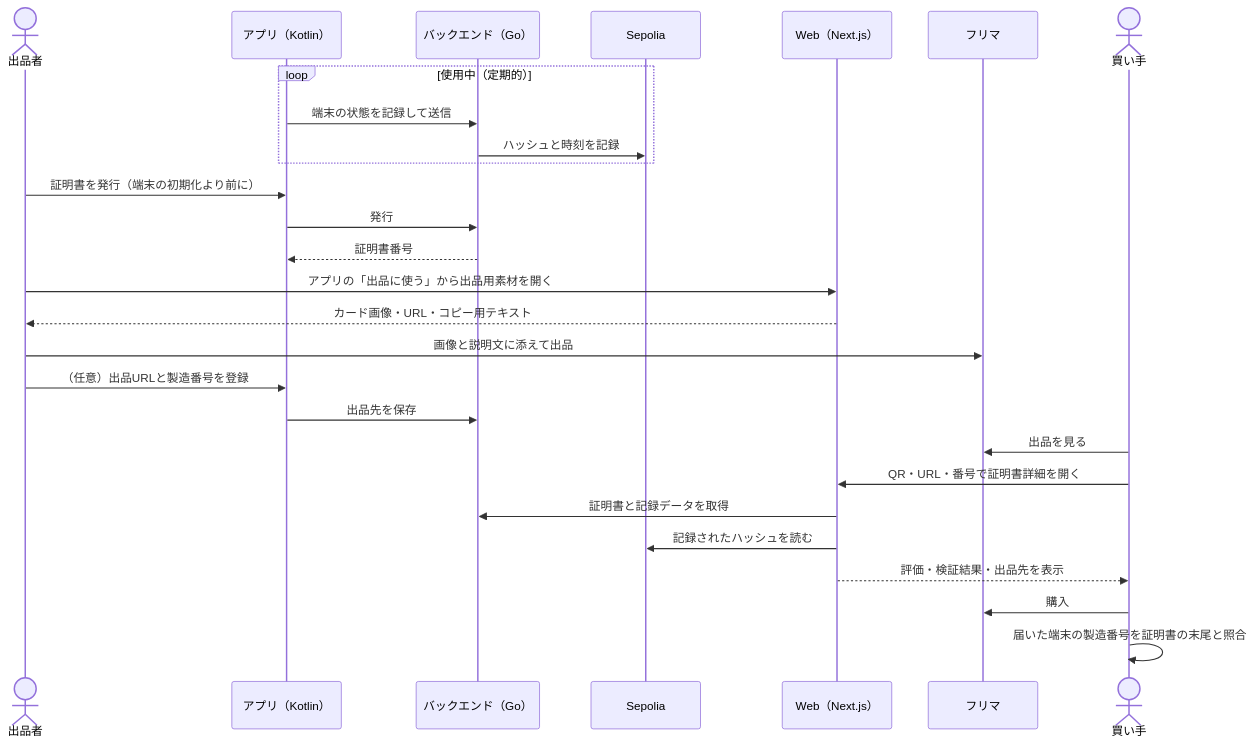
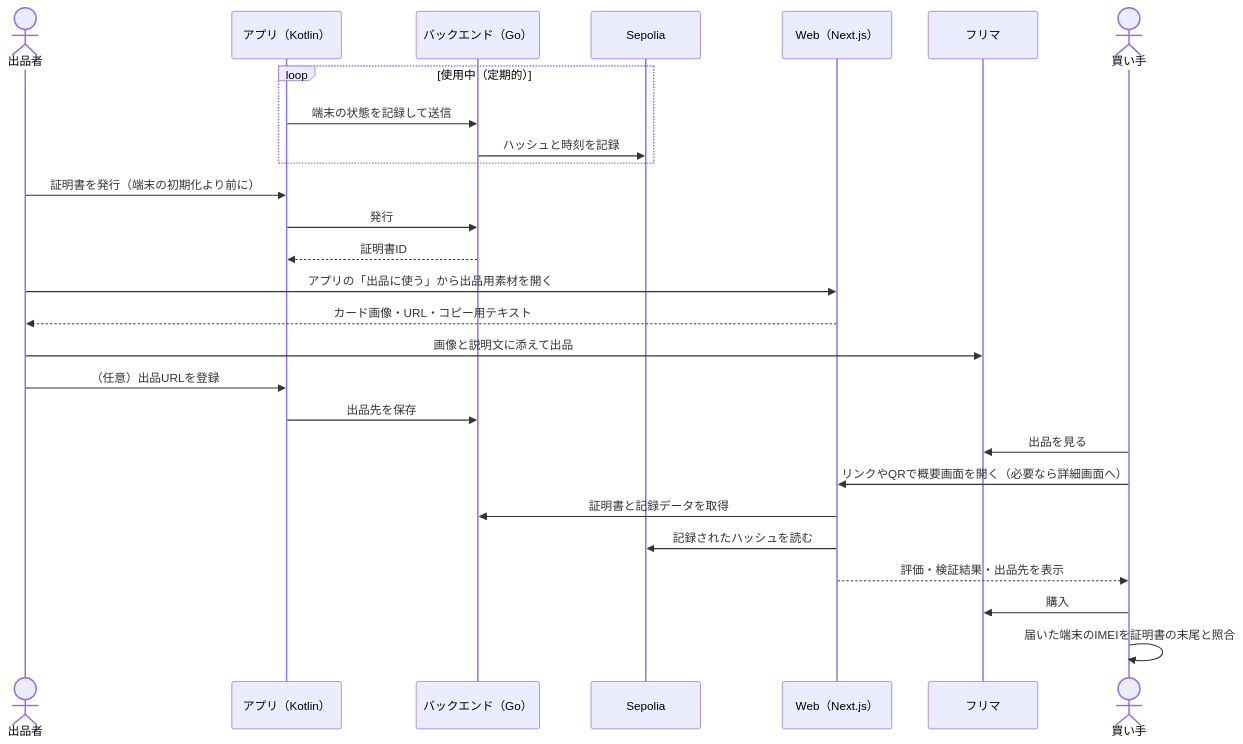
The diagram in docs/workflow.md (saku0875/smapass-web), drawn with Mermaid before and after one commit. The commit also changed other lines of this file and 58 other files, not shown here.

````diff
--- a/docs/workflow.md
+++ b/docs/workflow.md
@@ -7,30 +7,30 @@
 ```mermaid
 sequenceDiagram
     actor S as 出品者
     participant A as アプリ（Kotlin）
     participant G as バックエンド（Go）
     participant C as Sepolia
     participant W as Web（Next.js）
     participant F as フリマ
     actor B as 買い手
 
     loop 使用中（定期的）
         A->>G: 端末の状態を記録して送信
         G->>C: ハッシュと時刻を記録
     end
     S->>A: 証明書を発行（端末の初期化より前に）
     A->>G: 発行
-    G-->>A: 証明書番号
+    G-->>A: 証明書ID
     S->>W: アプリの「出品に使う」から出品用素材を開く
     W-->>S: カード画像・URL・コピー用テキスト
     S->>F: 画像と説明文に添えて出品
-    S->>A: （任意）出品URLと製造番号を登録
+    S->>A: （任意）出品URLを登録
     A->>G: 出品先を保存
     B->>F: 出品を見る
-    B->>W: QR・URL・番号で証明書詳細を開く
+    B->>W: リンクやQRで概要画面を開く（必要なら詳細画面へ）
     W->>G: 証明書と記録データを取得
     W->>C: 記録されたハッシュを読む
     W-->>B: 評価・検証結果・出品先を表示
     B->>F: 購入
-    B->>B: 届いた端末の製造番号を証明書の末尾と照合
+    B->>B: 届いた端末のIMEIを証明書の末尾と照合
 ```
````
